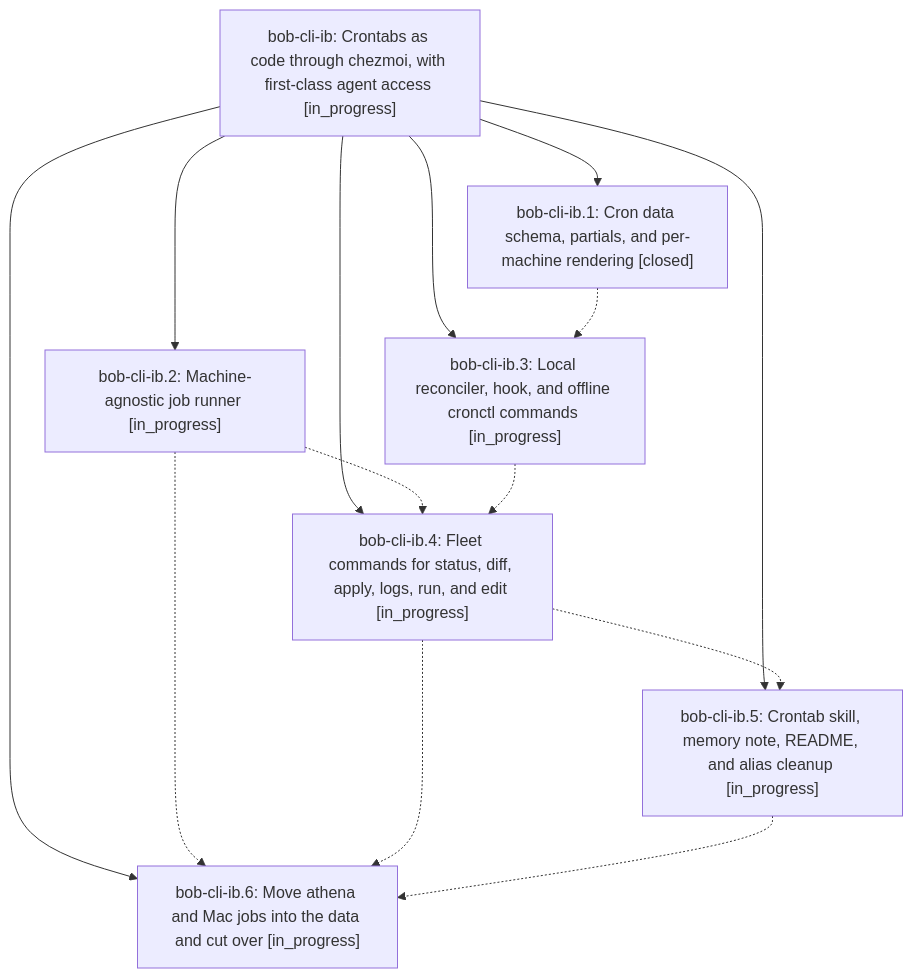
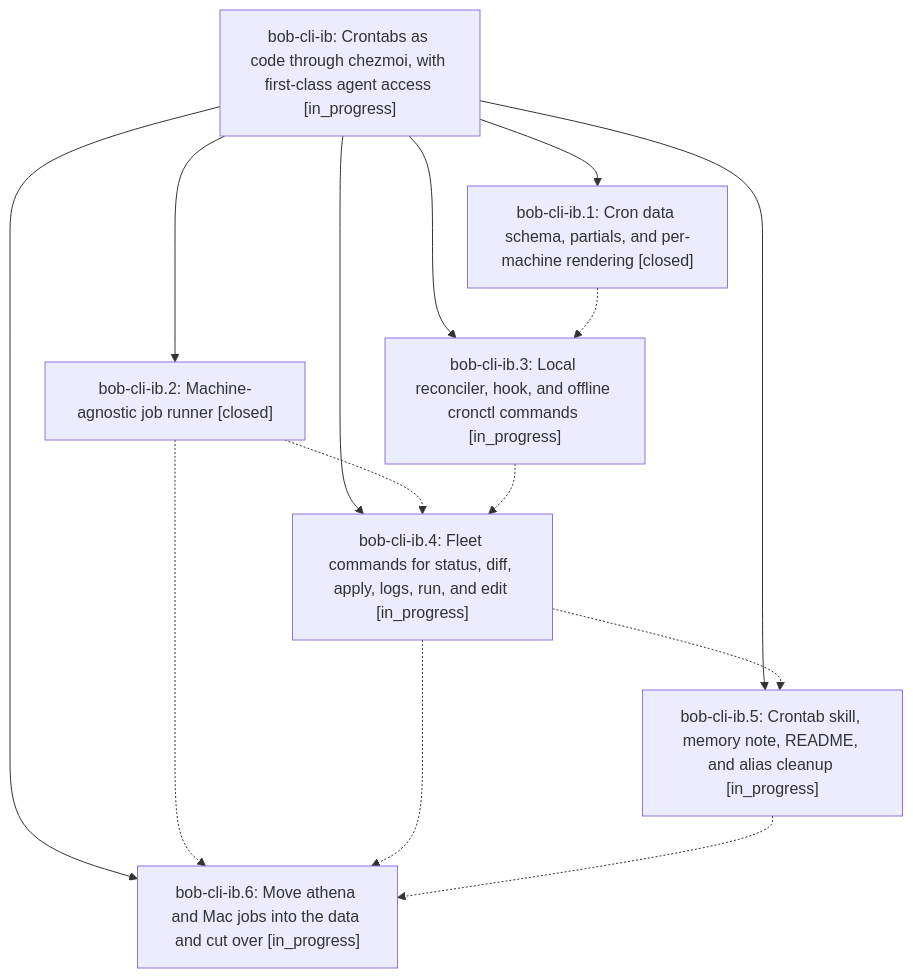
The diagram in pages/bob-cli-ib/README.md (bobs-org/bob-cli--beads), drawn with Mermaid before and after one commit. The commit also changed other lines of this file and 3 other files, not shown here.

First line of the commit message:
chore(beads): sync bead state and pages for bob-cli-ib

````diff
--- a/pages/bob-cli-ib/README.md
+++ b/pages/bob-cli-ib/README.md
@@ -27,23 +39,23 @@
 ```mermaid
 flowchart TD
     n0["bob-cli-ib: Crontabs as code through chezmoi, with first-class agent access [in_progress]"]
     n1["bob-cli-ib.1: Cron data schema, partials, and per-machine rendering [closed]"]
-    n2["bob-cli-ib.2: Machine-agnostic job runner [in_progress]"]
+    n2["bob-cli-ib.2: Machine-agnostic job runner [closed]"]
     n3["bob-cli-ib.3: Local reconciler, hook, and offline cronctl commands [in_progress]"]
     n4["bob-cli-ib.4: Fleet commands for status, diff, apply, logs, run, and edit [in_progress]"]
     n5["bob-cli-ib.5: Crontab skill, memory note, README, and alias cleanup [in_progress]"]
     n6["bob-cli-ib.6: Move athena and Mac jobs into the data and cut over [in_progress]"]
     n0 --> n1
     n0 --> n2
     n0 --> n3
     n0 --> n4
     n0 --> n5
     n0 --> n6
     n1 -.-> n3
     n2 -.-> n4
     n2 -.-> n6
     n3 -.-> n4
     n4 -.-> n5
     n4 -.-> n6
     n5 -.-> n6
 ```
````
